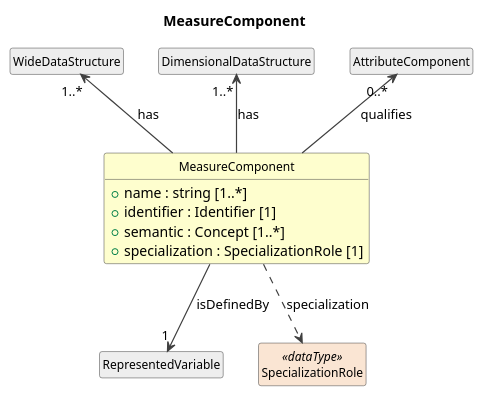
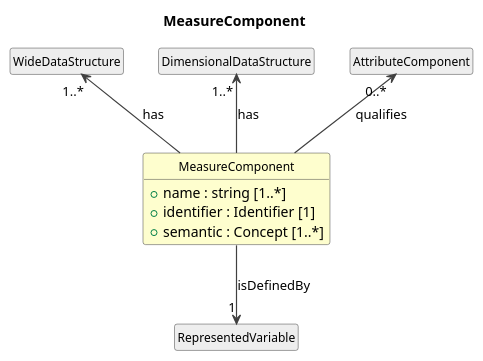
The diagram in build/plantuml/cdifDataStructure/Classes/MeasureComponent.pu (Cross-Domain-Interoperability-Framework/metadataBuildingBlocks), drawn with PlantUML before and after one commit. The commit also changed 151 other files, not shown here.

```diff
--- a/build/plantuml/cdifDataStructure/Classes/MeasureComponent.pu
+++ b/build/plantuml/cdifDataStructure/Classes/MeasureComponent.pu
@@ -1,30 +1,27 @@
 @startuml
 title MeasureComponent
 hide circle
 hide empty members
 skinparam shadowing false
 skinparam ArrowThickness 1.2
 skinparam class {
   ArrowColor #404040
   BorderColor #404040
   FontSize 12
 }
 
 class "MeasureComponent" as MeasureComponent #FEFECE {
   +name : string [1..*]
   +identifier : Identifier [1]
   +semantic : Concept [1..*]
-  +specialization : SpecializationRole [1]
 }
 class "WideDataStructure" as WideDataStructure #EEEEEE
 WideDataStructure "1..*" <-- MeasureComponent : has
 class "DimensionalDataStructure" as DimensionalDataStructure #EEEEEE
 DimensionalDataStructure "1..*" <-- MeasureComponent : has
 class "RepresentedVariable" as RepresentedVariable #EEEEEE
 MeasureComponent --> "1" RepresentedVariable : isDefinedBy
 class "AttributeComponent" as AttributeComponent #EEEEEE
 AttributeComponent "0..*" <-- MeasureComponent : qualifies
-class "SpecializationRole" as SpecializationRole <<dataType>> #FAE5D3
-MeasureComponent ..> SpecializationRole : specialization
 
 @enduml
```
